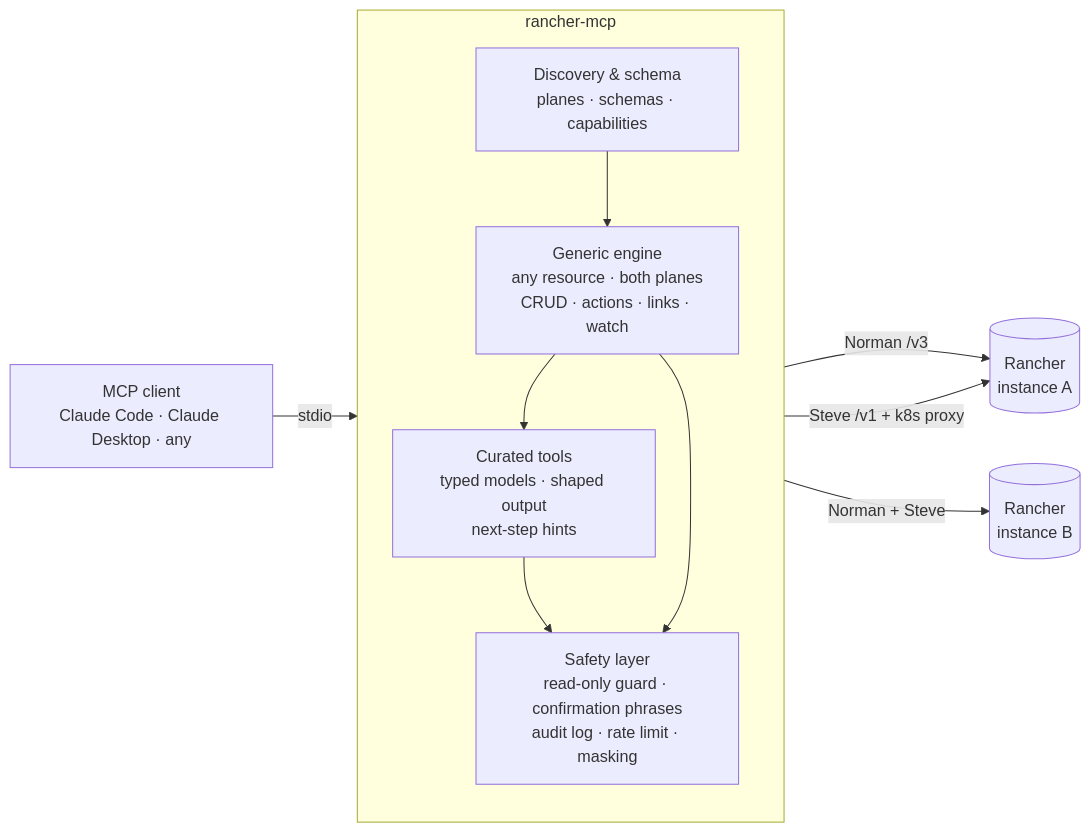
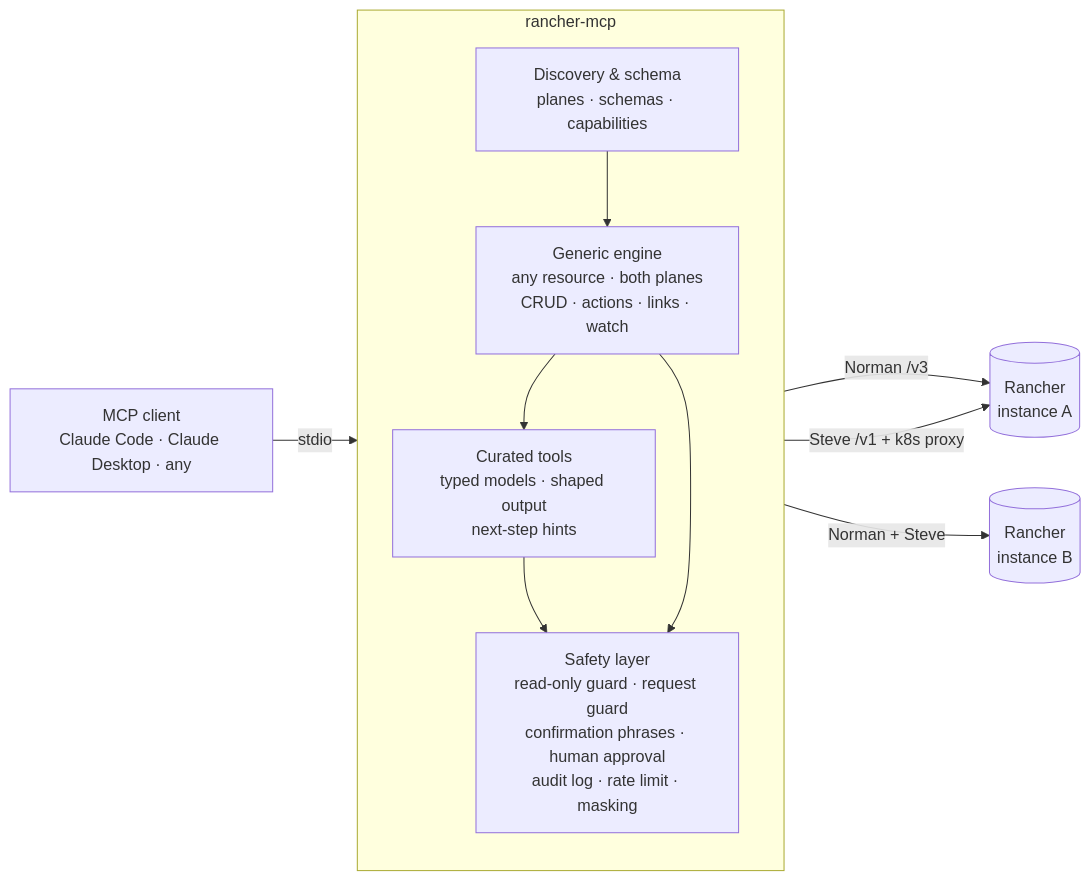
One commit to rex/mcp-rancher changed the diagram in README.md. Above: the diagram before and after it, drawn with Mermaid. The commit also changed other lines of this file and 26 other files, not shown here.

````diff
--- a/README.md
+++ b/README.md
@@ -153,19 +158,19 @@
 ```mermaid
 flowchart LR
     A[MCP client<br/>Claude Code · Claude Desktop · any] -- stdio --> S
 
     subgraph S[rancher-mcp]
         direction TB
         L1[Discovery & schema<br/>planes · schemas · capabilities]
         L2[Generic engine<br/>any resource · both planes<br/>CRUD · actions · links · watch]
         L3[Curated tools<br/>typed models · shaped output<br/>next-step hints]
-        G[Safety layer<br/>read-only guard · confirmation phrases<br/>audit log · rate limit · masking]
+        G[Safety layer<br/>read-only guard · request guard<br/>confirmation phrases · human approval<br/>audit log · rate limit · masking]
         L1 --> L2 --> L3
         L3 --> G
         L2 --> G
     end
 
     G -- Norman /v3 --> R1[(Rancher<br/>instance A)]
     G -- Steve /v1 + k8s proxy --> R1
     G -- Norman + Steve --> R2[(Rancher<br/>instance B)]
 ```
````
